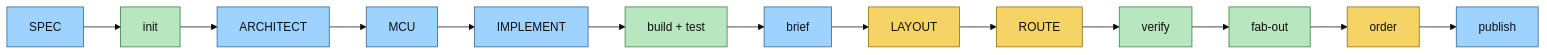
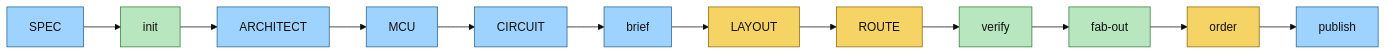
Before and after one commit to kylestew/pcbforge: the diagram in WORKFLOW.md, drawn with Mermaid (base theme). The commit also changed other lines of this file and 32 other files, not shown here.

Commit message:
feat: combine circuit workflow and pin tool execution

````diff
--- a/WORKFLOW.md
+++ b/WORKFLOW.md
@@ -9,23 +9,22 @@
 ```mermaid
 flowchart LR
     SPEC[SPEC] --> INIT[init]
     INIT --> ARCH[ARCHITECT]
     ARCH --> MCU[MCU]
-    MCU --> IMPLEMENT[IMPLEMENT]
-    IMPLEMENT --> BUILD[build + test]
-    BUILD --> BRIEF[brief]
+    MCU --> CIRCUIT[CIRCUIT]
+    CIRCUIT --> BRIEF[brief]
     BRIEF --> LAYOUT[LAYOUT]
     LAYOUT --> ROUTE[ROUTE]
     ROUTE --> VERIFY[verify]
     VERIFY --> FAB[fab-out]
     FAB --> ORDER[order]
     ORDER --> PUBLISH[publish]
 
     classDef user fill:#f6d365,stroke:#8a6500,color:#111;
     classDef agent fill:#9fd3ff,stroke:#23618f,color:#111;
     classDef tool fill:#b8e6bf,stroke:#357a40,color:#111;
 
-    class SPEC,ARCH,MCU,IMPLEMENT,BRIEF,PUBLISH agent;
-    class INIT,BUILD,VERIFY,FAB tool;
+    class SPEC,ARCH,MCU,CIRCUIT,BRIEF,PUBLISH agent;
+    class INIT,VERIFY,FAB tool;
     class LAYOUT,ROUTE,ORDER user;
 ```
````
